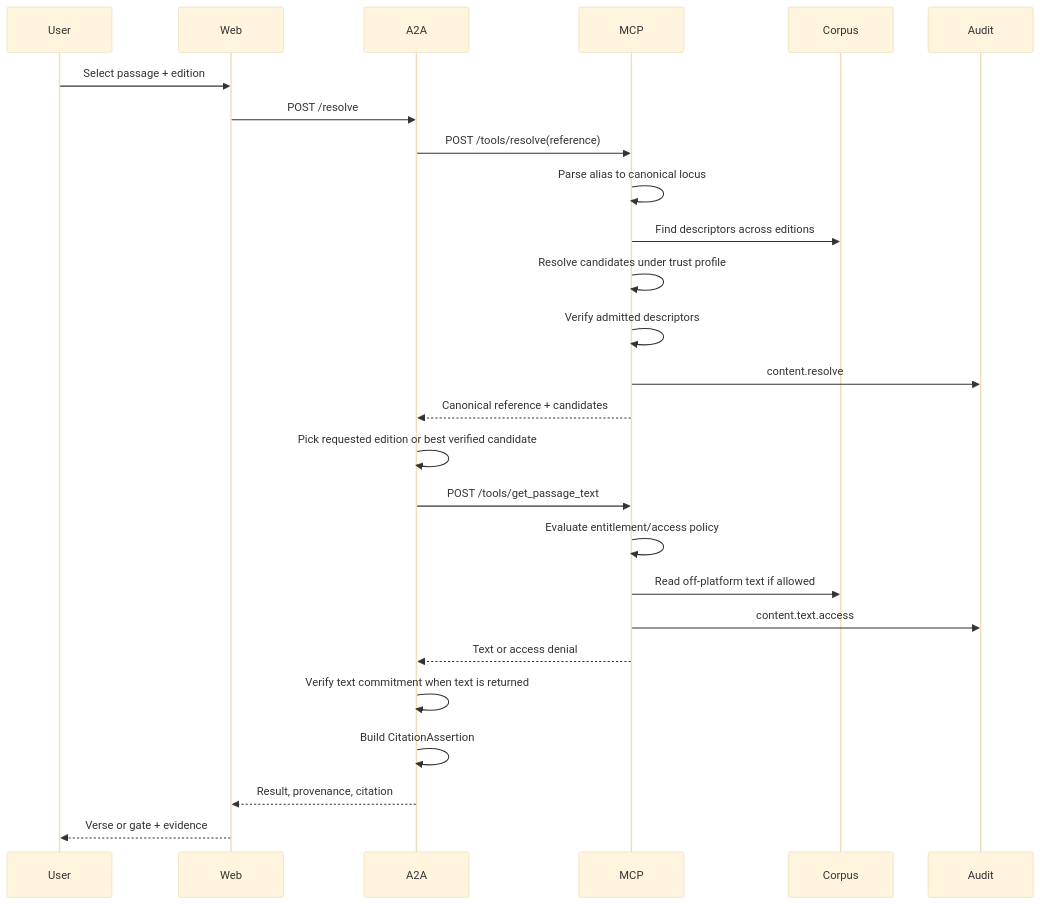
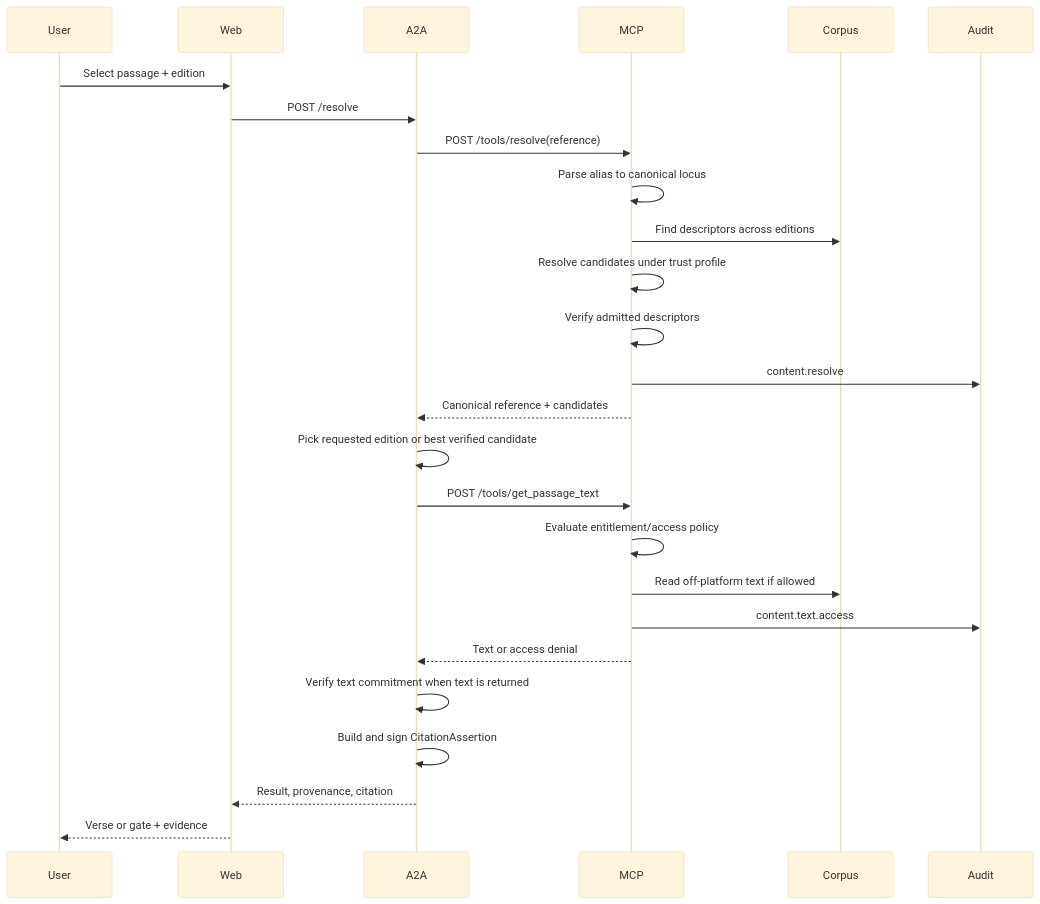
The second of 6 diagrams in documents/system-architecture.md (rpedersen3/verifiable-content-demo), drawn with Mermaid (base theme) before and after one commit. The commit also changed other lines of this file and 9 other files, not shown here.

````diff
--- a/documents/system-architecture.md
+++ b/documents/system-architecture.md
@@ -48,29 +58,29 @@
 ```mermaid
 sequenceDiagram
   participant User
   participant Web
   participant A2A
   participant MCP
   participant Corpus
   participant Audit
 
   User->>Web: Select passage + edition
   Web->>A2A: POST /resolve
   A2A->>MCP: POST /tools/resolve(reference)
   MCP->>MCP: Parse alias to canonical locus
   MCP->>Corpus: Find descriptors across editions
   MCP->>MCP: Resolve candidates under trust profile
   MCP->>MCP: Verify admitted descriptors
   MCP->>Audit: content.resolve
   MCP-->>A2A: Canonical reference + candidates
   A2A->>A2A: Pick requested edition or best verified candidate
   A2A->>MCP: POST /tools/get_passage_text
   MCP->>MCP: Evaluate entitlement/access policy
   MCP->>Corpus: Read off-platform text if allowed
   MCP->>Audit: content.text.access
   MCP-->>A2A: Text or access denial
   A2A->>A2A: Verify text commitment when text is returned
-  A2A->>A2A: Build CitationAssertion
+  A2A->>A2A: Build and sign CitationAssertion
   A2A-->>Web: Result, provenance, citation
   Web-->>User: Verse or gate + evidence
 ```
````
